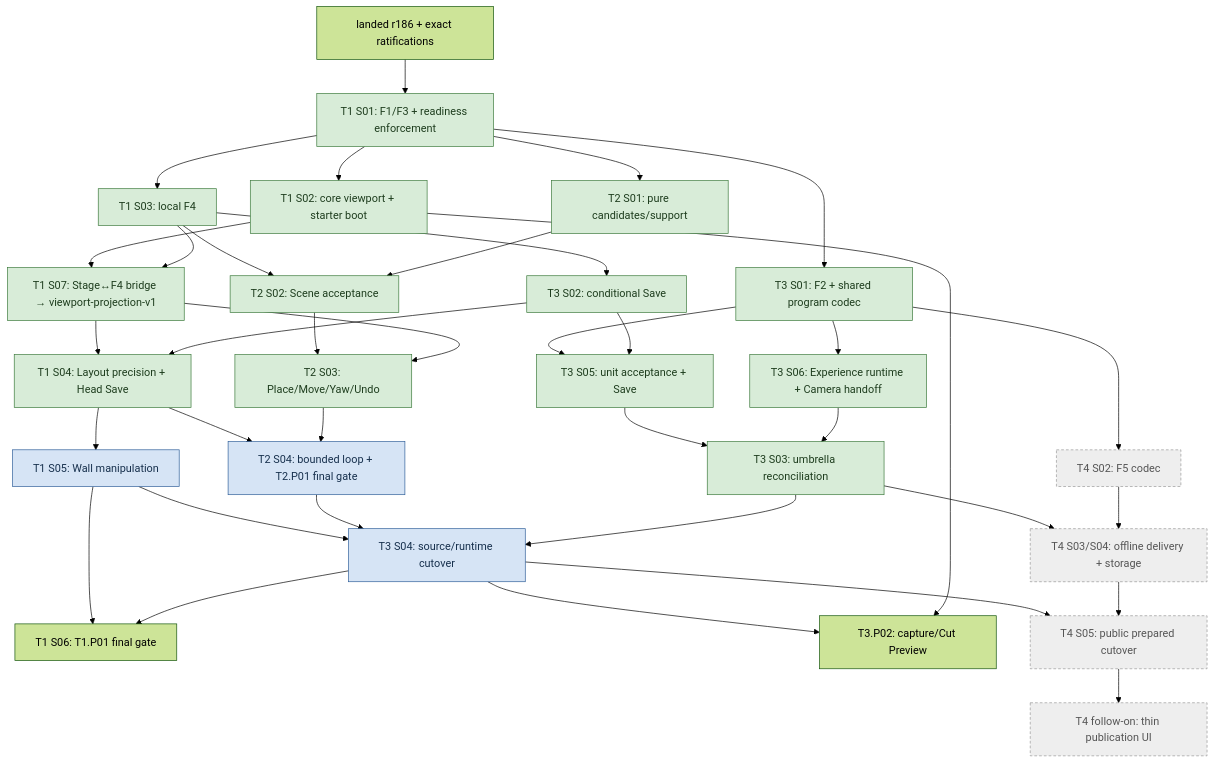
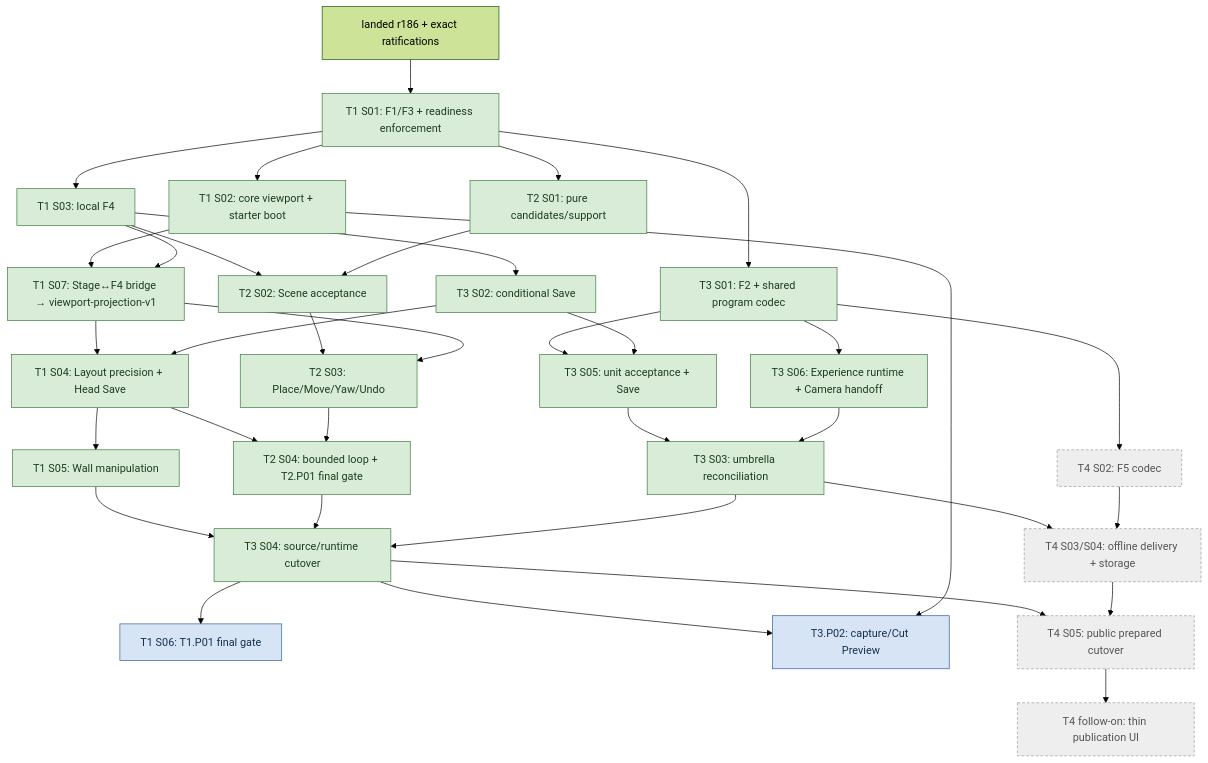
One commit to Biskiq/spatial-sketch-editor changed the first of 5 diagrams in docs/roadmap/cross-track-execution.md. Above: the diagram before and after it, drawn with Mermaid (forest theme). The commit also changed other lines of this file and 14 other files, not shown here.

First line of the commit message:
docs(roadmap): authorize T1.P01.S06 and register T3.P02 with S01

````diff
--- a/docs/roadmap/cross-track-execution.md
+++ b/docs/roadmap/cross-track-execution.md
@@ -201,44 +204,44 @@
 ```mermaid
 flowchart TD
   R["landed r186 + exact ratifications"] --> A["T1 S01: F1/F3 + readiness enforcement"]
   A --> V["T1 S02: core viewport + starter boot"]
   A --> L["T1 S03: local F4"]
   A --> U["T3 S01: F2 + shared program codec"]
   A --> O["T2 S01: pure candidates/support"]
   V --> B["T1 S07: Stage↔F4 bridge → viewport-projection-v1"]
   L --> B
   L --> S["T3 S02: conditional Save"]
   L --> C["T2 S02: Scene acceptance"]
   O --> C
   C --> UI["T2 S03: Place/Move/Yaw/Undo"]
   B --> UI
   B --> P["T1 S04: Layout precision + Head Save"]
   S --> P
-  P --> W["T1 S05: Wall manipulation"] --> G["T1 S06: T1.P01 final gate"]
+  P --> W["T1 S05: Wall manipulation"]
   W --> CUT
   T2F --> CUT
-  CUT --> G
+  CUT --> G["T1 S06: T1.P01 final gate"]
   P --> T2F["T2 S04: bounded loop + T2.P01 final gate"]
   UI --> T2F
   U --> X5["T3 S05: unit acceptance + Save"]
   S --> X5
   U --> X6["T3 S06: Experience runtime + Camera handoff"]
   X5 --> X["T3 S03: umbrella reconciliation"]
   X6 --> X
   U --> F["T4 S02: F5 codec"]
   X --> CUT["T3 S04: source/runtime cutover"]
   X --> OFF["T4 S03/S04: offline delivery + storage"]
   F --> OFF
   CUT --> PRE["T3.P02: capture/Cut Preview"]
   V --> PRE
   CUT --> PUB["T4 S05: public prepared cutover"]
   OFF --> PUB
   PUB --> UX["T4 follow-on: thin publication UI"]
 
   classDef shipped fill:#d8ecd8,stroke:#3c7a3c,color:#1e3d1e
   classDef authorized fill:#d6e4f5,stroke:#2f5f99,color:#17304d
   classDef deferred fill:#eeeeee,stroke:#999999,color:#555555,stroke-dasharray:4 3
-  class A,V,L,U,O,B,S,C,X5,X6,X,P,UI shipped
-  class W,T2F,CUT authorized
+  class A,V,L,U,O,B,S,C,X5,X6,X,P,UI,W,T2F,CUT shipped
+  class G,PRE authorized
   class F,OFF,PUB,UX deferred
 ```
````
